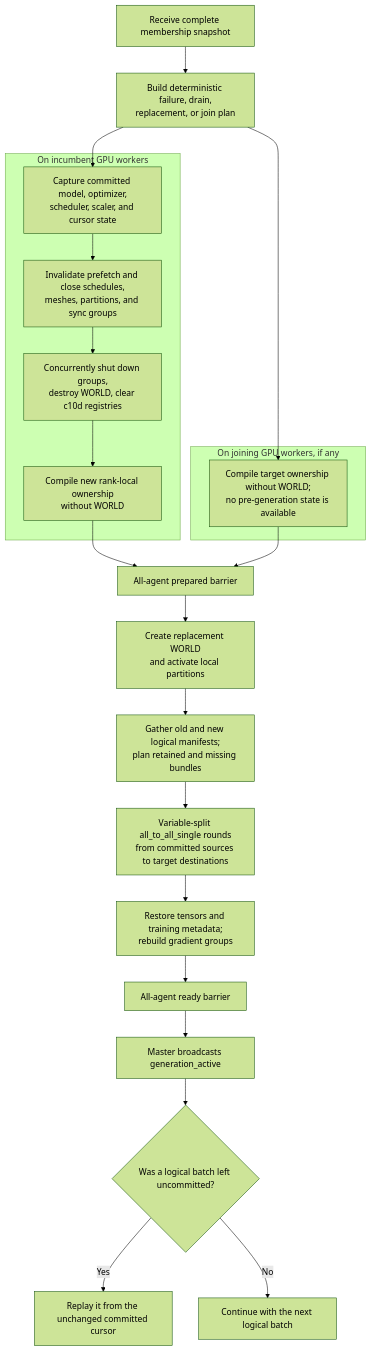
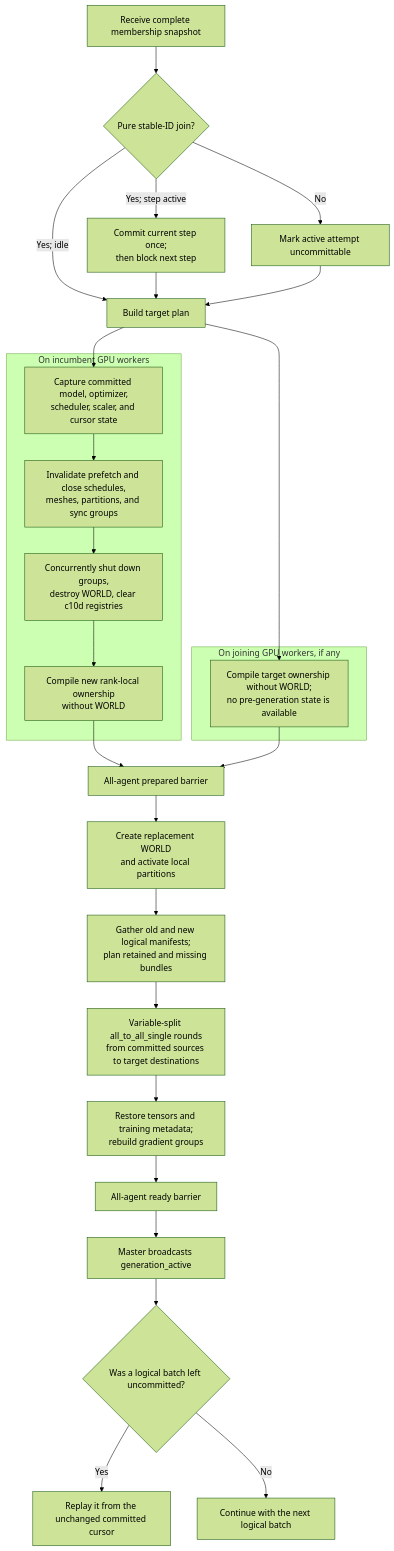
Before and after one commit to SymbioticLab/Oobleck: the eighth of 8 diagrams in lifecycle.md, drawn with Mermaid (forest theme). The commit also changed other lines of this file and 24 other files, not shown here.

````diff
--- a/lifecycle.md
+++ b/lifecycle.md
@@ -418,30 +436,35 @@
 ```mermaid
 flowchart TD
-    EVENT["Receive complete membership snapshot"] --> PLAN["Build deterministic failure, drain,<br/>replacement, or join plan"]
+    EVENT["Receive complete membership snapshot"] --> CLASSIFY{"Pure stable-ID join?"}
+    CLASSIFY -- "Yes; step active" --> FINISH["Commit current step once;<br/>then block next step"]
+    CLASSIFY -- "Yes; idle" --> PLAN["Build target plan"]
+    CLASSIFY -- "No" --> HARD["Mark active attempt uncommittable"]
+    FINISH --> PLAN
+    HARD --> PLAN
     PLAN --> ISNAP
     PLAN --> JCOMPILE
 
     subgraph incumbents["On incumbent GPU workers"]
         ISNAP["Capture committed model, optimizer,<br/>scheduler, scaler, and cursor state"]
         ICLOSE["Invalidate prefetch and close schedules,<br/>meshes, partitions, and sync groups"]
         IDESTROY["Concurrently shut down groups,<br/>destroy WORLD, clear c10d registries"]
         ICOMPILE["Compile new rank-local ownership<br/>without WORLD"]
         ISNAP --> ICLOSE --> IDESTROY --> ICOMPILE
     end
 
     subgraph joiners["On joining GPU workers, if any"]
         JCOMPILE["Compile target ownership without WORLD;<br/>no pre-generation state is available"]
     end
 
     ICOMPILE --> PREP["All-agent prepared barrier"]
     JCOMPILE --> PREP
     PREP --> INIT["Create replacement WORLD<br/>and activate local partitions"]
     INIT --> MANIFEST["Gather old and new logical manifests;<br/>plan retained and missing bundles"]
     MANIFEST --> COPY["Variable-split all_to_all_single rounds<br/>from committed sources to target destinations"]
     COPY --> RESTORE["Restore tensors and training metadata;<br/>rebuild gradient groups"]
     RESTORE --> READY["All-agent ready barrier"]
     READY --> ACTIVE["Master broadcasts generation_active"]
     ACTIVE --> PENDING{"Was a logical batch left uncommitted?"}
     PENDING -- "Yes" --> REPLAY["Replay it from the unchanged committed cursor"]
     PENDING -- "No" --> NEXT["Continue with the next logical batch"]
 ```
````
